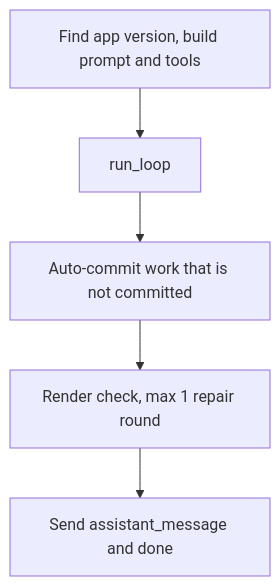
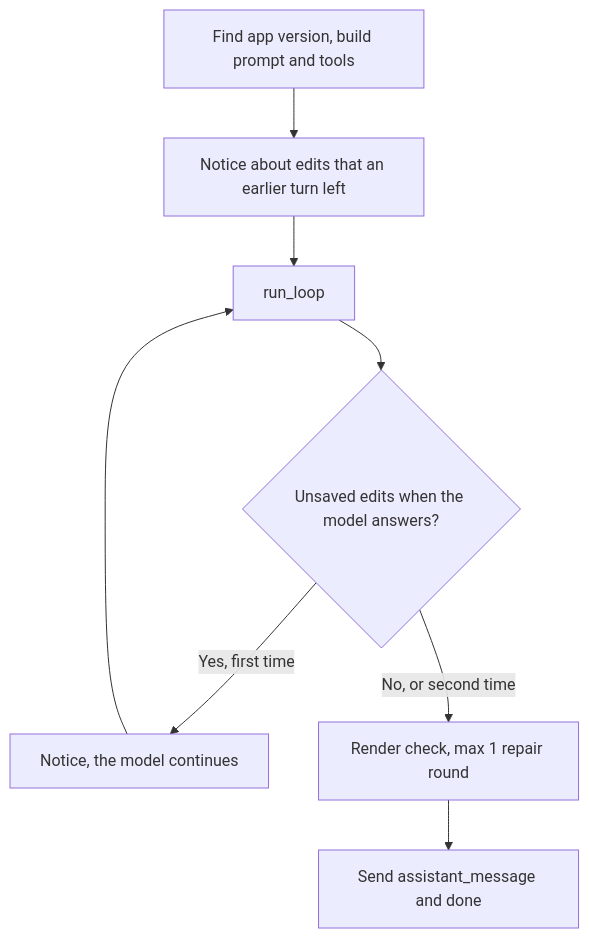
One commit to Altinn/altinn-studio changed the fifth of 6 diagrams in src/AI/assistant/docs/modules/graph.md. Above: the diagram before and after it, drawn with Mermaid. The commit also changed other lines of this file and 11 other files, not shown here.

First line of the commit message:
fix(assistant): do not say that a change is done when it is not saved

````diff
--- a/src/AI/assistant/docs/modules/graph.md
+++ b/src/AI/assistant/docs/modules/graph.md
@@ -92,7 +96,10 @@
 ```mermaid
 flowchart TD
-  A["Find app version, build prompt and tools"] --> B["run_loop"]
-  B --> C["Auto-commit work that is not committed"]
-  C --> D["Render check, max 1 repair round"]
+  A["Find app version, build prompt and tools"] --> N["Notice about edits that an earlier turn left"]
+  N --> B["run_loop"]
+  B --> U{"Unsaved edits when the model answers?"}
+  U -->|"Yes, first time"| O["Notice, the model continues"]
+  O --> B
+  U -->|"No, or second time"| D["Render check, max 1 repair round"]
   D --> E["Send assistant_message and done"]
 ```
````
